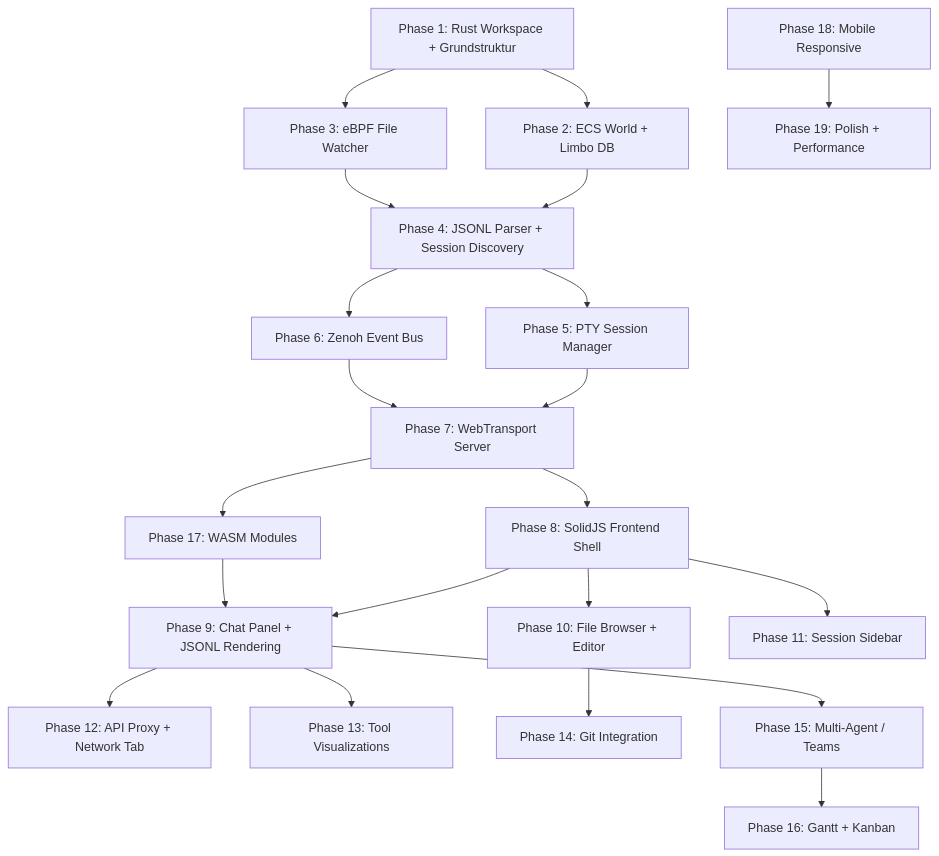
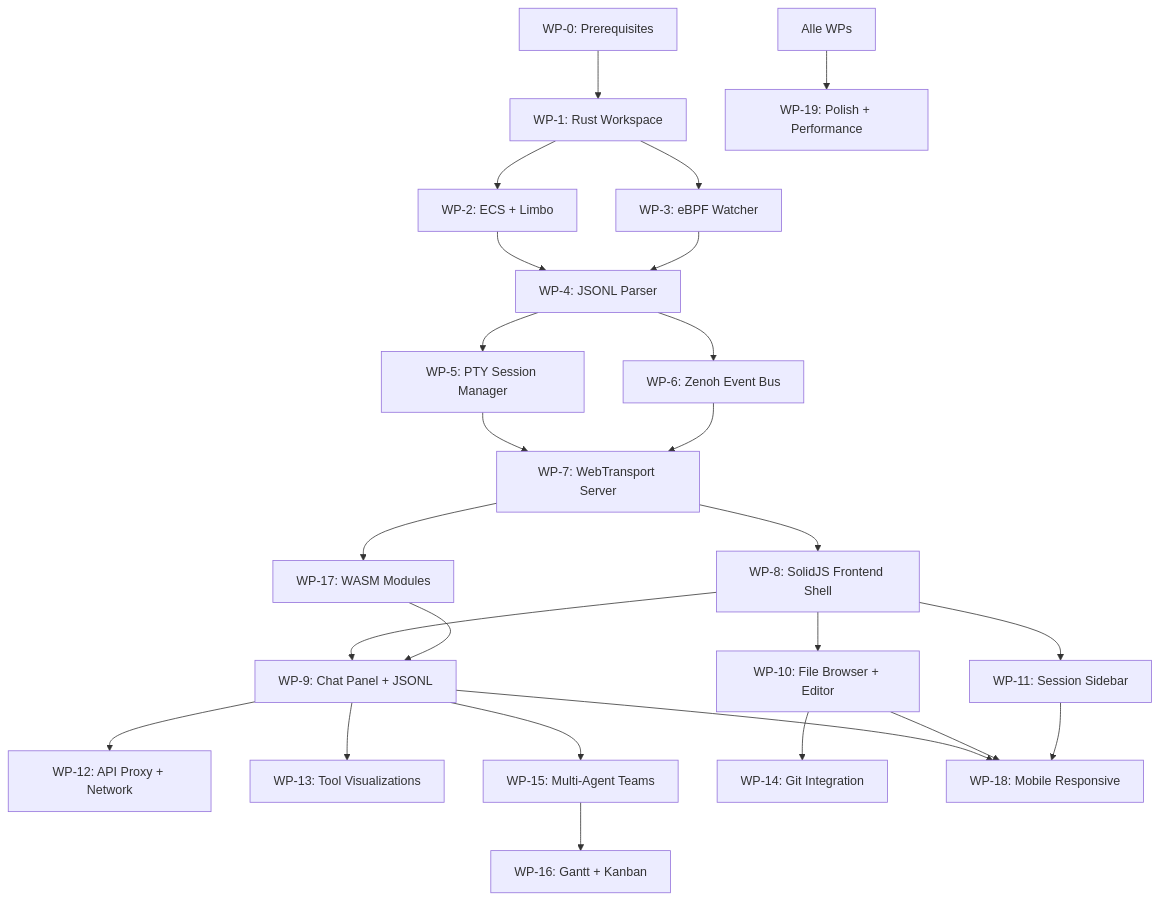
One commit to silentspike/noaide changed the diagram in IMPL-PLAN.md. Above: the diagram before and after it, drawn with Mermaid. The commit also changed other lines of this file, not shown here.

````diff
--- a/IMPL-PLAN.md
+++ b/IMPL-PLAN.md
@@ -174,23 +1384,27 @@
 ```mermaid
 graph TD
-    A[Phase 1: Rust Workspace + Grundstruktur] --> B[Phase 2: ECS World + Limbo DB]
-    A --> C[Phase 3: eBPF File Watcher]
-    B --> D[Phase 4: JSONL Parser + Session Discovery]
-    C --> D
-    D --> E[Phase 5: PTY Session Manager]
-    D --> F[Phase 6: Zenoh Event Bus]
-    E --> G[Phase 7: WebTransport Server]
-    F --> G
-    G --> H[Phase 8: SolidJS Frontend Shell]
-    H --> I[Phase 9: Chat Panel + JSONL Rendering]
-    H --> J[Phase 10: File Browser + Editor]
-    H --> K[Phase 11: Session Sidebar]
-    I --> L[Phase 12: API Proxy + Network Tab]
-    I --> M[Phase 13: Tool Visualizations]
-    J --> N[Phase 14: Git Integration]
-    I --> O[Phase 15: Multi-Agent / Teams]
-    O --> P[Phase 16: Gantt + Kanban]
-    G --> Q[Phase 17: WASM Modules]
-    Q --> I
-    ALL[Phase 18: Mobile Responsive] --> DONE[Phase 19: Polish + Performance]
+    WP0[WP-0: Prerequisites] --> WP1[WP-1: Rust Workspace]
+    WP1 --> WP2[WP-2: ECS + Limbo]
+    WP1 --> WP3[WP-3: eBPF Watcher]
+    WP2 --> WP4[WP-4: JSONL Parser]
+    WP3 --> WP4
+    WP4 --> WP5[WP-5: PTY Session Manager]
+    WP4 --> WP6[WP-6: Zenoh Event Bus]
+    WP5 --> WP7[WP-7: WebTransport Server]
+    WP6 --> WP7
+    WP7 --> WP8[WP-8: SolidJS Frontend Shell]
+    WP7 --> WP17[WP-17: WASM Modules]
+    WP8 --> WP9[WP-9: Chat Panel + JSONL]
+    WP8 --> WP10[WP-10: File Browser + Editor]
+    WP8 --> WP11[WP-11: Session Sidebar]
+    WP17 --> WP9
+    WP9 --> WP12[WP-12: API Proxy + Network]
+    WP9 --> WP13[WP-13: Tool Visualizations]
+    WP9 --> WP15[WP-15: Multi-Agent Teams]
+    WP10 --> WP14[WP-14: Git Integration]
+    WP15 --> WP16[WP-16: Gantt + Kanban]
+    WP9 --> WP18[WP-18: Mobile Responsive]
+    WP10 --> WP18
+    WP11 --> WP18
+    ALL[Alle WPs] --> WP19[WP-19: Polish + Performance]
 ```
````
